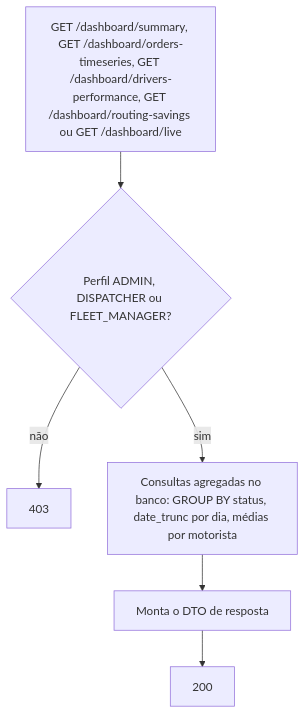
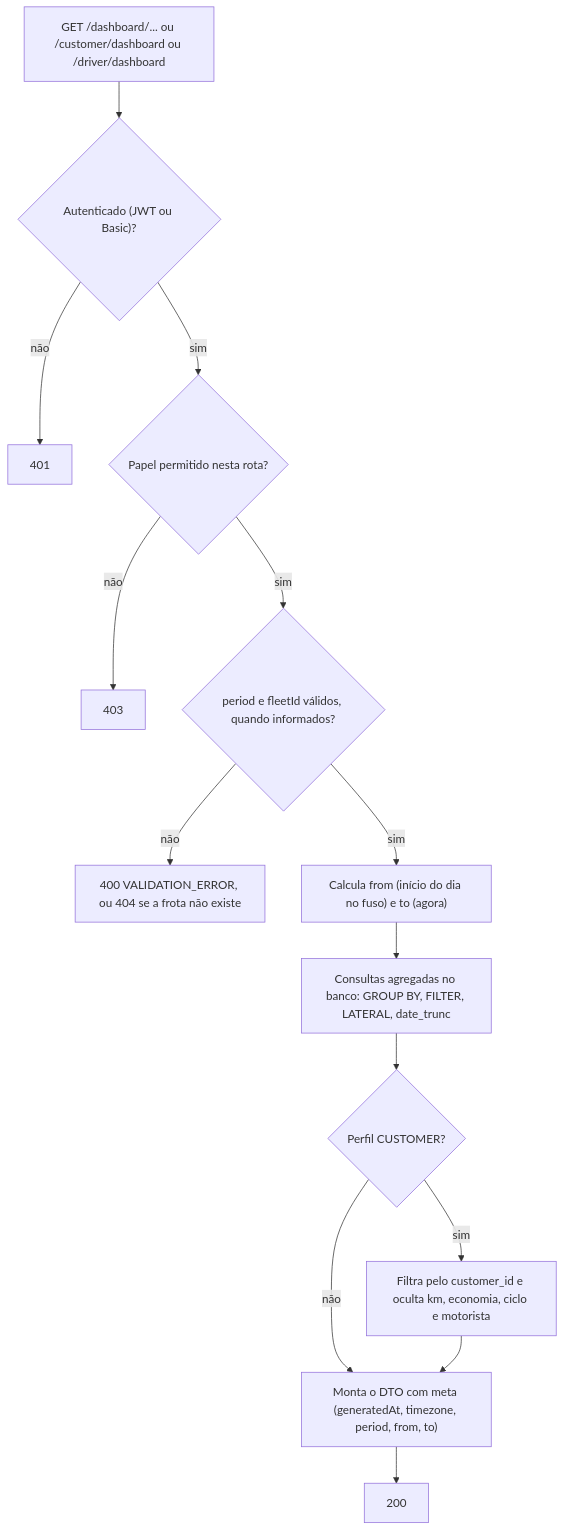
Before and after one commit to Edryck/kj-fleets: the first of 4 diagrams in docs/flows/flow-dashboard.md, drawn with Mermaid. The commit also changed other lines of this file and 5 other files, not shown here.

````diff
--- a/docs/flows/flow-dashboard.md
+++ b/docs/flows/flow-dashboard.md
@@ -7,8 +7,16 @@
 ```mermaid
 flowchart TD
-    A["GET /dashboard/summary, GET /dashboard/orders-timeseries, GET /dashboard/drivers-performance, GET /dashboard/routing-savings ou GET /dashboard/live"] --> B{"Perfil ADMIN, DISPATCHER ou FLEET_MANAGER?"}
+    A["GET /dashboard/... ou /customer/dashboard ou /driver/dashboard"] --> Au{"Autenticado (JWT ou Basic)?"}
+    Au -- não --> U["401"]
+    Au -- sim --> B{"Papel permitido nesta rota?"}
     B -- não --> E["403"]
-    B -- sim --> C["Consultas agregadas no banco: GROUP BY status, date_trunc por dia, médias por motorista"]
-    C --> D["Monta o DTO de resposta"]
+    B -- sim --> P{"period e fleetId válidos, quando informados?"}
+    P -- não --> V["400 VALIDATION_ERROR, ou 404 se a frota não existe"]
+    P -- sim --> W["Calcula from (início do dia no fuso) e to (agora)"]
+    W --> C["Consultas agregadas no banco: GROUP BY, FILTER, LATERAL, date_trunc"]
+    C --> R{"Perfil CUSTOMER?"}
+    R -- sim --> Q["Filtra pelo customer_id e oculta km, economia, ciclo e motorista"]
+    R -- não --> D["Monta o DTO com meta (generatedAt, timezone, period, from, to)"]
+    Q --> D
     D --> OK["200"]
 ```
````
